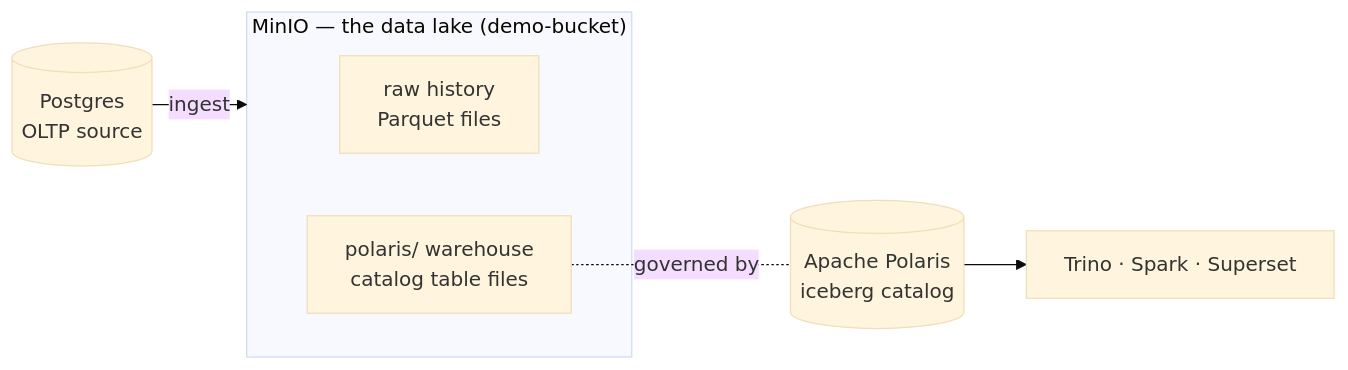
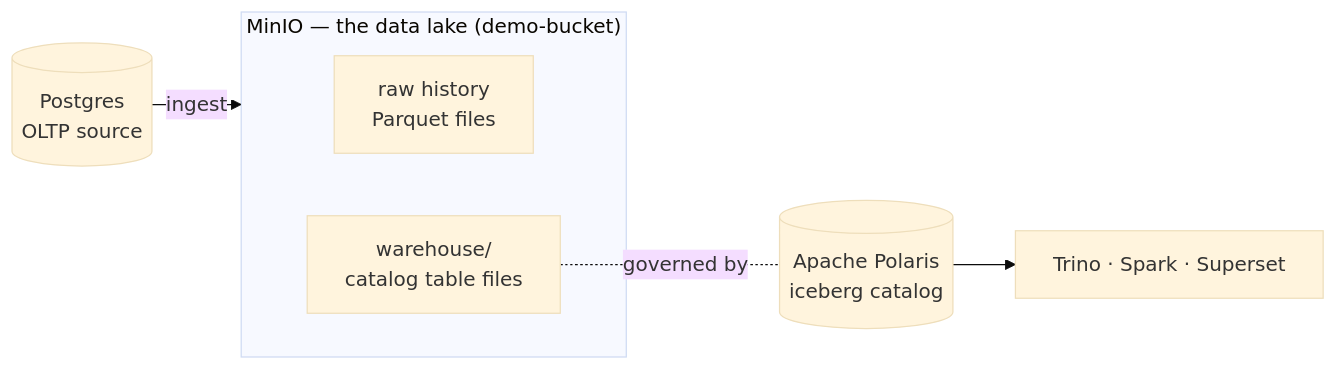
Before and after one commit to maarthala/databrick-local-simulator: the diagram in training/docs/unit0/data-inventory.md, drawn with Mermaid (base theme). The commit also changed other lines of this file and 1 other file, not shown here.

First line of the commit message:
chore: rename Polaris warehouse path polaris/ -> warehouse/ in MinIO

````diff
--- a/training/docs/unit0/data-inventory.md
+++ b/training/docs/unit0/data-inventory.md
@@ -6,10 +6,10 @@
 ```mermaid
 flowchart LR
   PG[(Postgres<br/>OLTP source)] -->|ingest| LAKE
   subgraph LAKE["MinIO — the data lake (demo-bucket)"]
     RAW[raw history<br/>Parquet files]
-    ICE[polaris/ warehouse<br/>catalog table files]
+    ICE[warehouse/<br/>catalog table files]
   end
   ICE -. governed by .- POL[(Apache Polaris<br/>iceberg catalog)]
   POL --> ENG[Trino · Spark · Superset]
 ```
````
